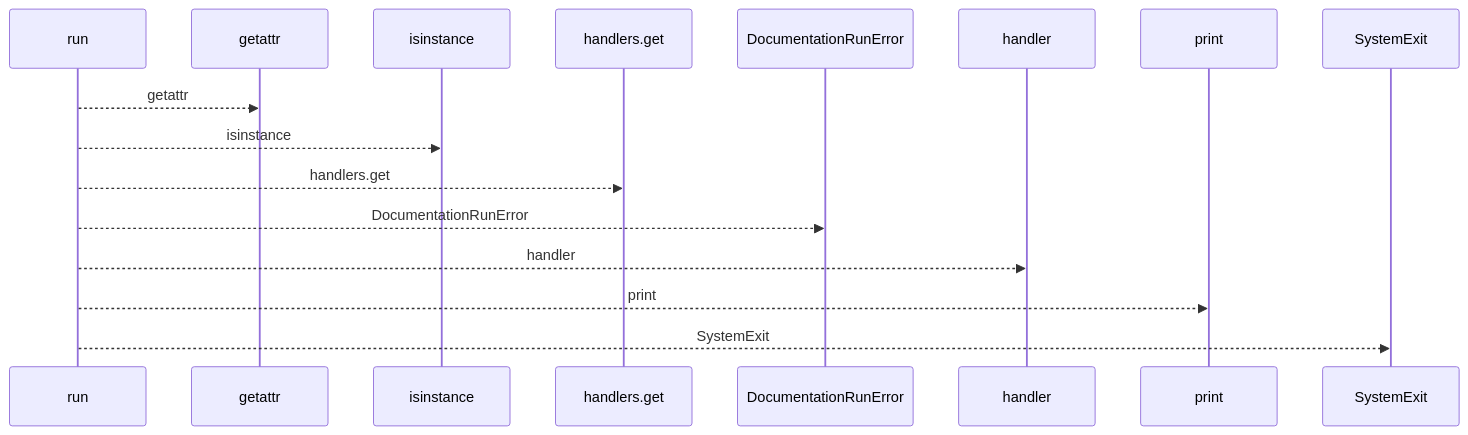
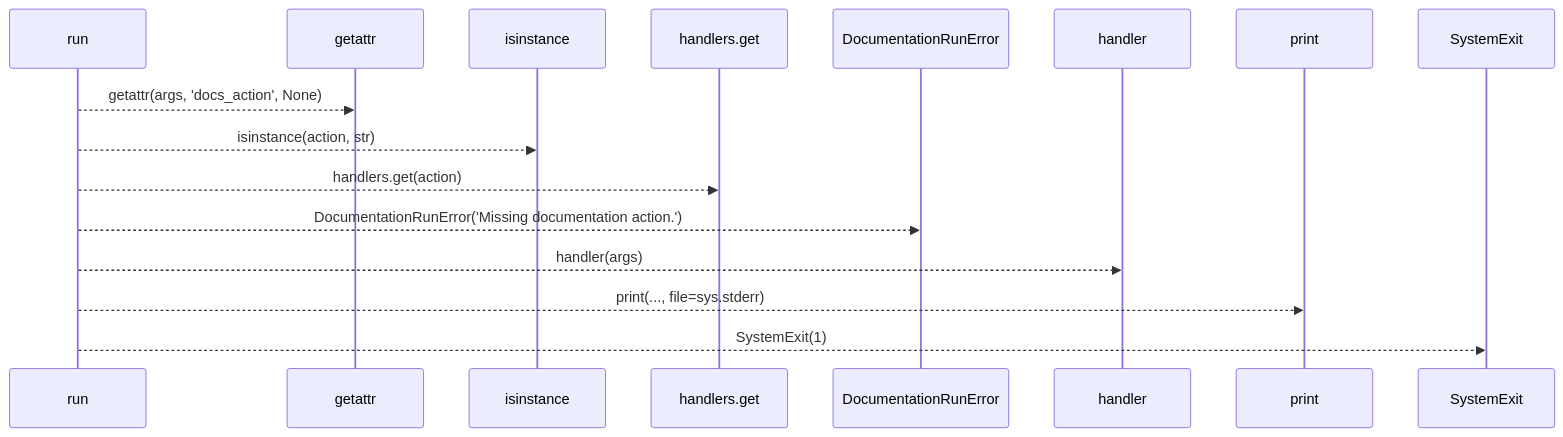
One commit to Denissvgn/python-wiki-llm changed the first of 2 diagrams in docs/llm_wiki/flows/cli-docs.md. Above: the diagram before and after it, drawn with Mermaid. The commit also changed other lines of this file and 1410 other files, not shown here.

````diff
--- a/docs/llm_wiki/flows/cli-docs.md
+++ b/docs/llm_wiki/flows/cli-docs.md
@@ -10,18 +12,18 @@
 ```mermaid
 sequenceDiagram
     participant p0 as run
     participant p1 as getattr
     participant p2 as isinstance
     participant p3 as handlers.get
     participant p4 as DocumentationRunError
     participant p5 as handler
     participant p6 as print
     participant p7 as SystemExit
-    p0-->>p1: getattr
-    p0-->>p2: isinstance
-    p0-->>p3: handlers.get
-    p0-->>p4: DocumentationRunError
-    p0-->>p5: handler
-    p0-->>p6: print
-    p0-->>p7: SystemExit
+    p0-->>p1: getattr(args, 'docs_action', None)
+    p0-->>p2: isinstance(action, str)
+    p0-->>p3: handlers.get(action)
+    p0-->>p4: DocumentationRunError('Missing documentation action.')
+    p0-->>p5: handler(args)
+    p0-->>p6: print(..., file=sys.stderr)
+    p0-->>p7: SystemExit(1)
 ```
````
